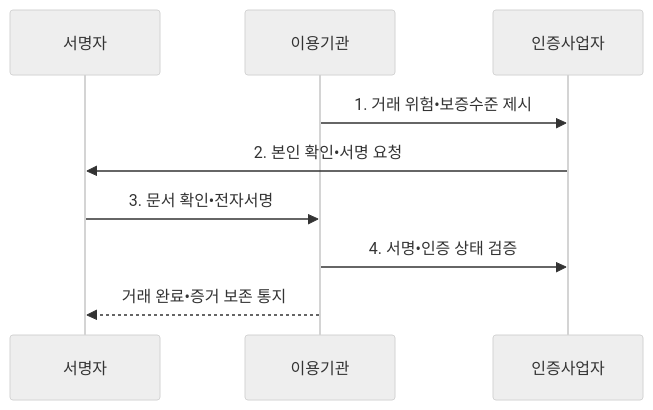
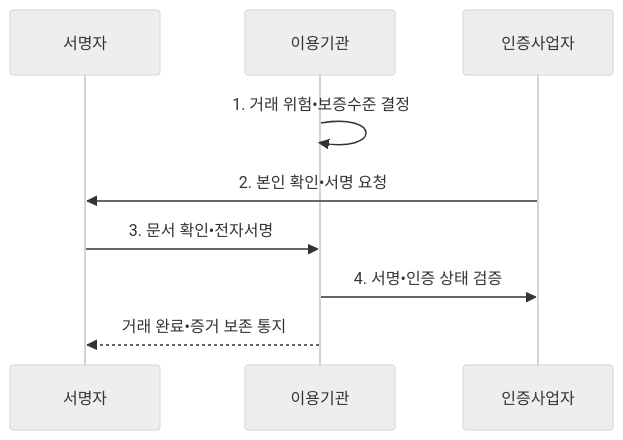
Before and after one commit to agnusdei1207/knowledge-base: the second of 2 diagrams in src/content/docs/notes/07-law-policy/026_electronic_signature_act.md, drawn with Mermaid (neutral theme). The commit also changed other lines of this file and 20 other files, not shown here.

````diff
--- a/src/content/docs/notes/07-law-policy/026_electronic_signature_act.md
+++ b/src/content/docs/notes/07-law-policy/026_electronic_signature_act.md
@@ -100,11 +100,11 @@
 ```mermaid
 sequenceDiagram
     participant 서명자
     participant 이용기관
     participant 인증사업자
-    이용기관->>인증사업자: 1. 거래 위험•보증수준 제시
+    이용기관->>이용기관: 1. 거래 위험•보증수준 결정
     인증사업자->>서명자: 2. 본인 확인•서명 요청
     서명자->>이용기관: 3. 문서 확인•전자서명
     이용기관->>인증사업자: 4. 서명•인증 상태 검증
     이용기관-->>서명자: 거래 완료•증거 보존 통지
 ```
````
